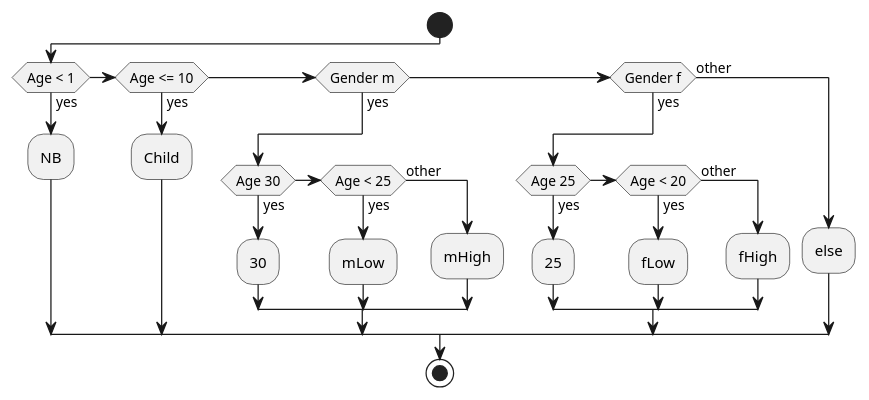
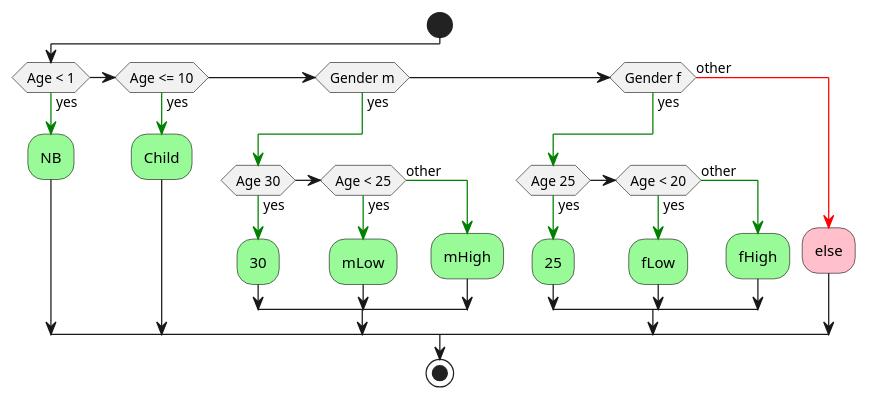
The diagram in PlantUML/StrIntegerDecisionStringOutputTable.pu (GiovaniPM/DMNTests), drawn with PlantUML before and after one commit.

Commit message:
giova(DESKTOP-PG18CKU) 210201160857

```diff
--- a/PlantUML/StrIntegerDecisionStringOutputTable.pu
+++ b/PlantUML/StrIntegerDecisionStringOutputTable.pu
@@ -1,28 +1,39 @@
 @startuml
 '!pragma useVerticalIf on
 start
 if (Age < 1) then (yes)
-  :NB;
+  -[#green]->
+  #palegreen:NB;
 elseif (Age <= 10) then (yes)
-  :Child;
+  -[#green]->
+  #palegreen:Child;
 elseif (Gender m) then (yes)
+  -[#green]->
   if (Age 30) then (yes)
-    :30;
+    -[#green]->
+    #palegreen:30;
   elseif (Age < 25) then (yes)
-    :mLow;
+    -[#green]->
+    #palegreen:mLow;
   else (other)
-    :mHigh;
+    -[#green]->
+    #palegreen:mHigh;
   endif
 elseif (Gender f) then (yes)
+  -[#green]->
   if (Age 25) then (yes)
-    :25;
+    -[#green]->
+    #palegreen:25;
   elseif (Age < 20) then (yes)
-    :fLow;
+    -[#green]->
+    #palegreen:fLow;
   else (other)
-    :fHigh;
+    -[#green]->
+    #palegreen:fHigh;
   endif
 else (other)
-  :else;
+  -[#red]->
+  #pink:else;
 endif
 stop
 @enduml
```
